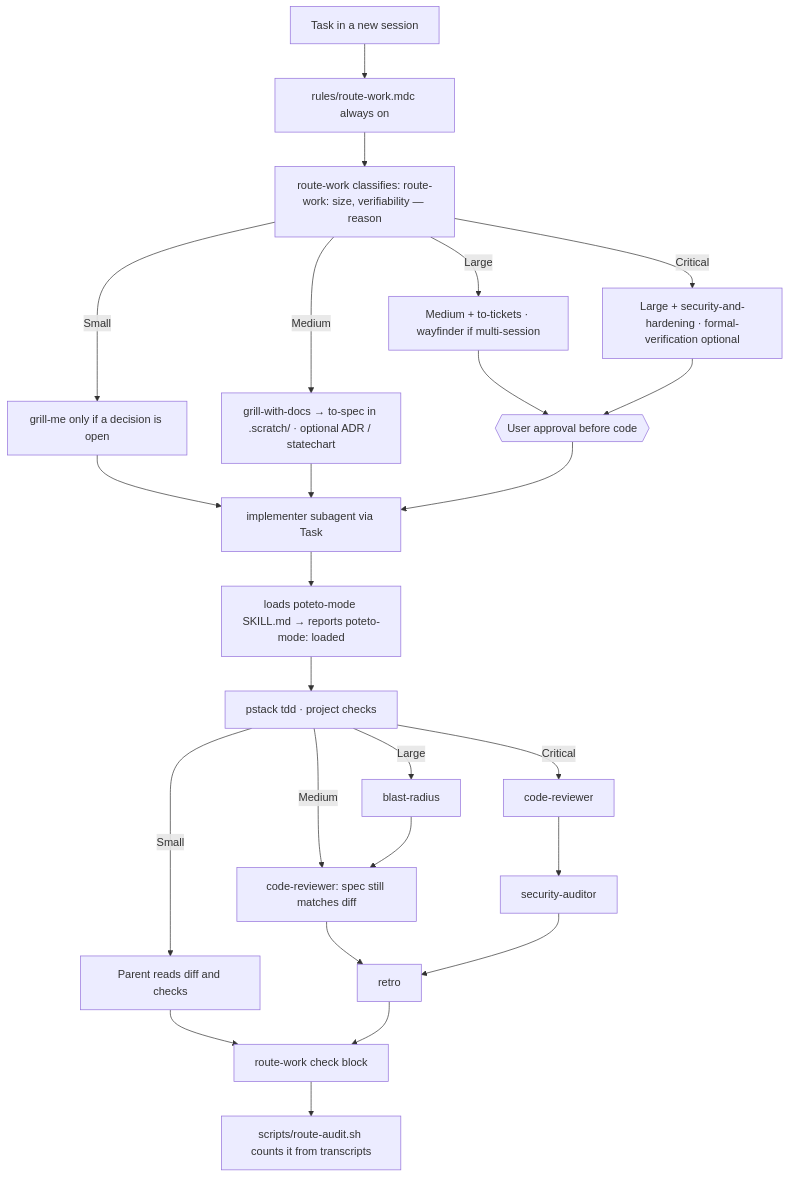
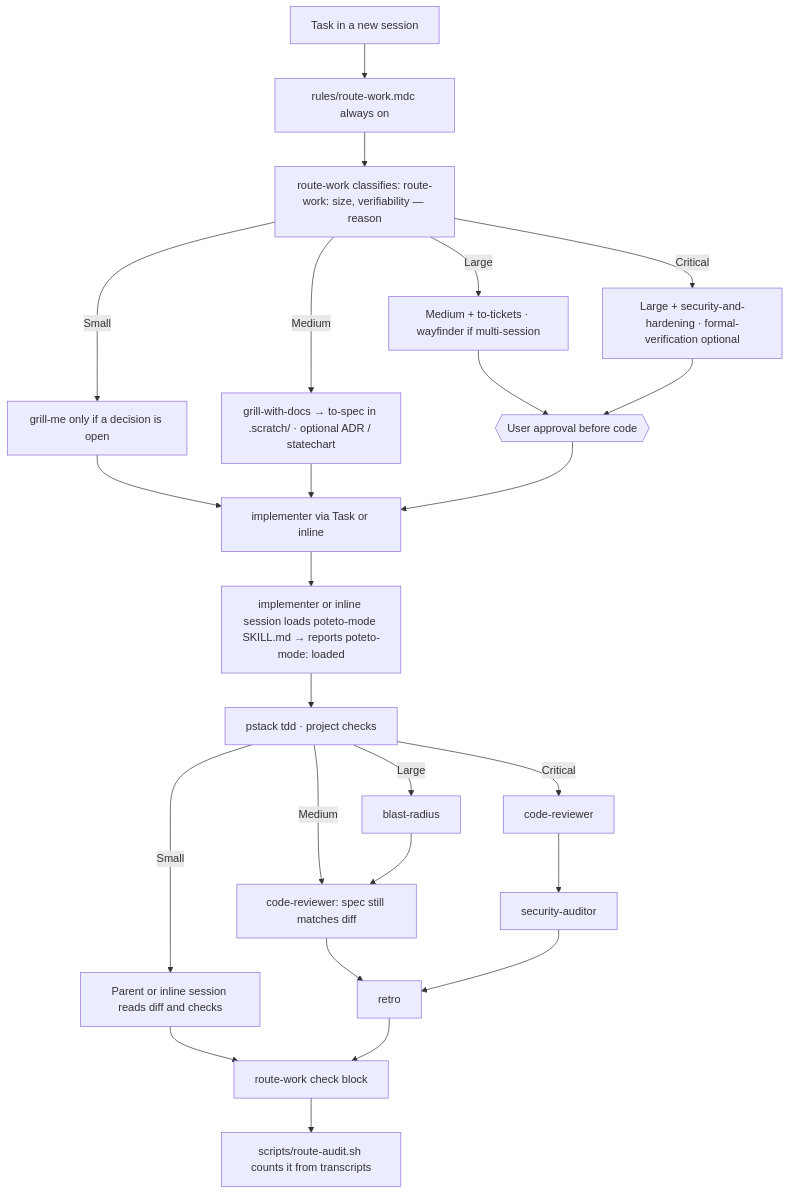
Before and after one commit to Byevenes/agent-workflow: the diagram in docs/software-factory.md, drawn with Mermaid. The commit also changed other lines of this file and 8 other files, not shown here.

Commit message:
fix(route-work): run the flow inline when the implementer subagent is unavailable

````diff
--- a/docs/software-factory.md
+++ b/docs/software-factory.md
@@ -5,25 +5,25 @@
 ```mermaid
 flowchart TD
   task[Task in a new session] --> rule[rules/route-work.mdc always on]
   rule --> rw[route-work classifies: route-work: size, verifiability — reason]
   rw -->|Small| sPlan[grill-me only if a decision is open]
   rw -->|Medium| mPlan[grill-with-docs → to-spec in .scratch/ · optional ADR / statechart]
   rw -->|Large| lPlan[Medium + to-tickets · wayfinder if multi-session]
   rw -->|Critical| cPlan[Large + security-and-hardening · formal-verification optional]
   lPlan --> gate{{User approval before code}}
   cPlan --> gate
   sPlan --> impl
   mPlan --> impl
-  gate --> impl[implementer subagent via Task]
-  impl --> pm[loads poteto-mode SKILL.md → reports poteto-mode: loaded]
+  gate --> impl[implementer via Task or inline]
+  impl --> pm[implementer or inline session loads poteto-mode SKILL.md → reports poteto-mode: loaded]
   pm --> tdd[pstack tdd · project checks]
-  tdd -->|Small| done[Parent reads diff and checks]
+  tdd -->|Small| done[Parent or inline session reads diff and checks]
   tdd -->|Medium| cr[code-reviewer: spec still matches diff]
   tdd -->|Large| br[blast-radius] --> cr
   tdd -->|Critical| cr2[code-reviewer] --> sa[security-auditor]
   cr --> retro[retro]
   sa --> retro
   done --> check[route-work check block]
   retro --> check
   check --> audit[scripts/route-audit.sh counts it from transcripts]
 ```
````
